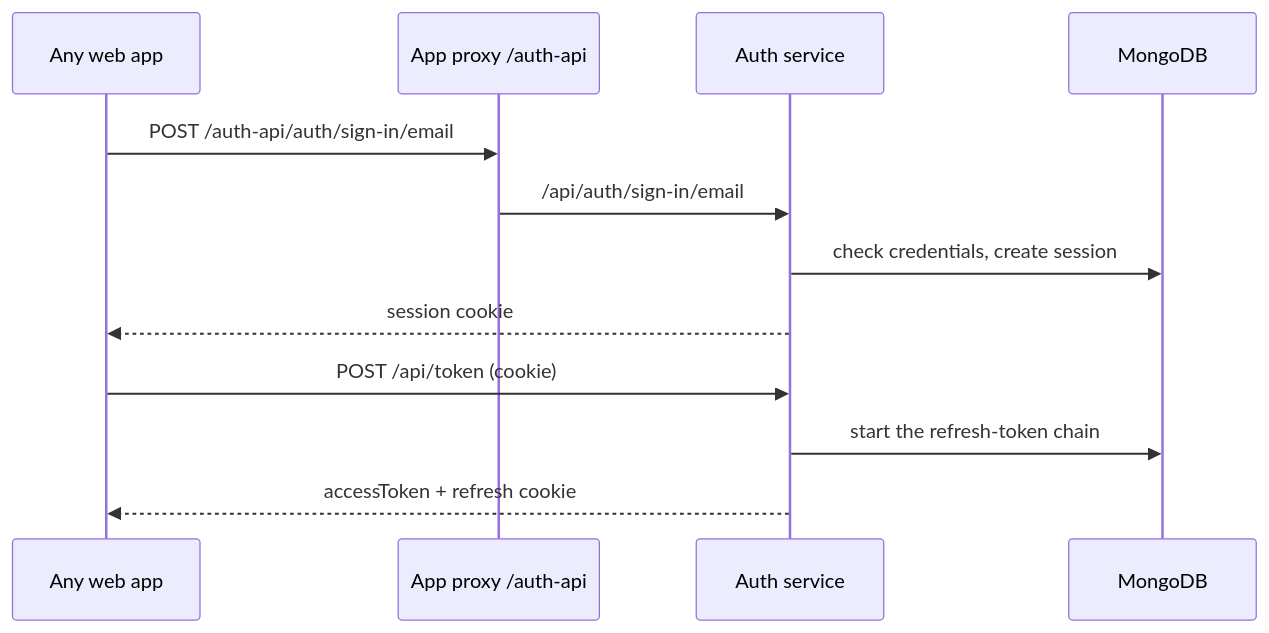
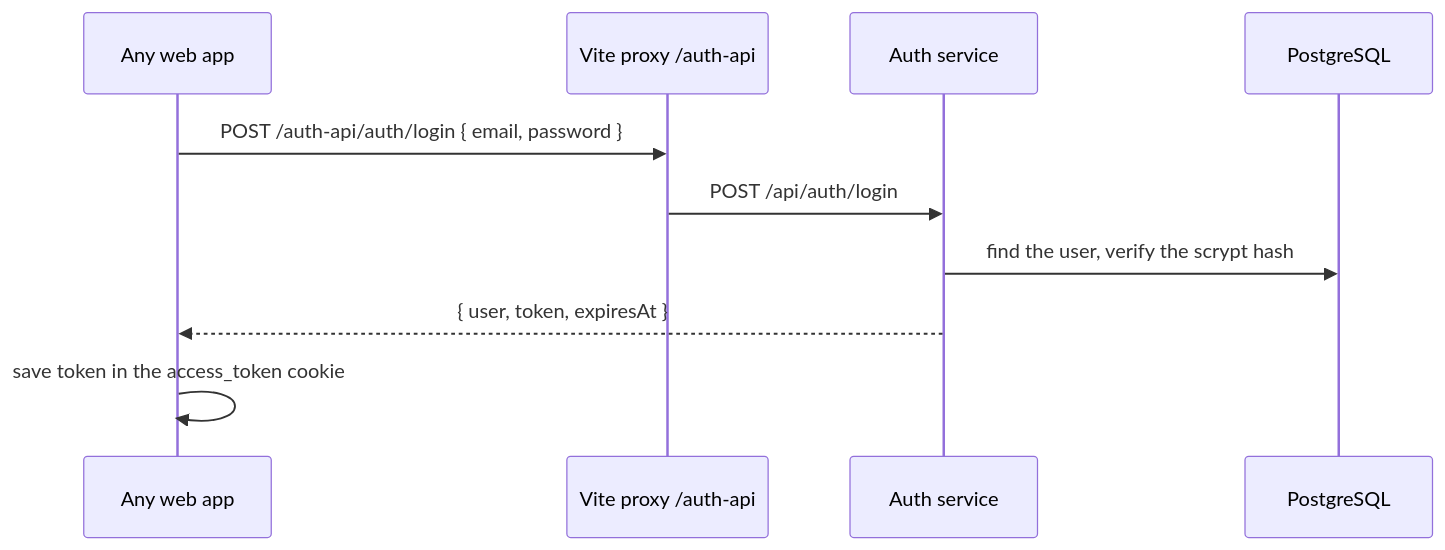
One commit to Basit787/my-app changed the first of 2 diagrams in docs/auth/flow.md. Above: the diagram before and after it, drawn with Mermaid. The commit also changed other lines of this file and 243 other files, not shown here.

````diff
--- a/docs/auth/flow.md
+++ b/docs/auth/flow.md
@@ -5,14 +5,12 @@
 ```mermaid
 sequenceDiagram
     participant UI as Any web app
-    participant P as App proxy /auth-api
+    participant P as Vite proxy /auth-api
     participant Auth as Auth service
-    participant DB as MongoDB
-    UI->>P: POST /auth-api/auth/sign-in/email
-    P->>Auth: /api/auth/sign-in/email
-    Auth->>DB: check credentials, create session
-    Auth-->>UI: session cookie
-    UI->>Auth: POST /api/token (cookie)
-    Auth->>DB: start the refresh-token chain
-    Auth-->>UI: accessToken + refresh cookie
+    participant DB as PostgreSQL
+    UI->>P: POST /auth-api/auth/login { email, password }
+    P->>Auth: POST /api/auth/login
+    Auth->>DB: find the user, verify the scrypt hash
+    Auth-->>UI: { user, token, expiresAt }
+    UI->>UI: save token in the access_token cookie
 ```
````
